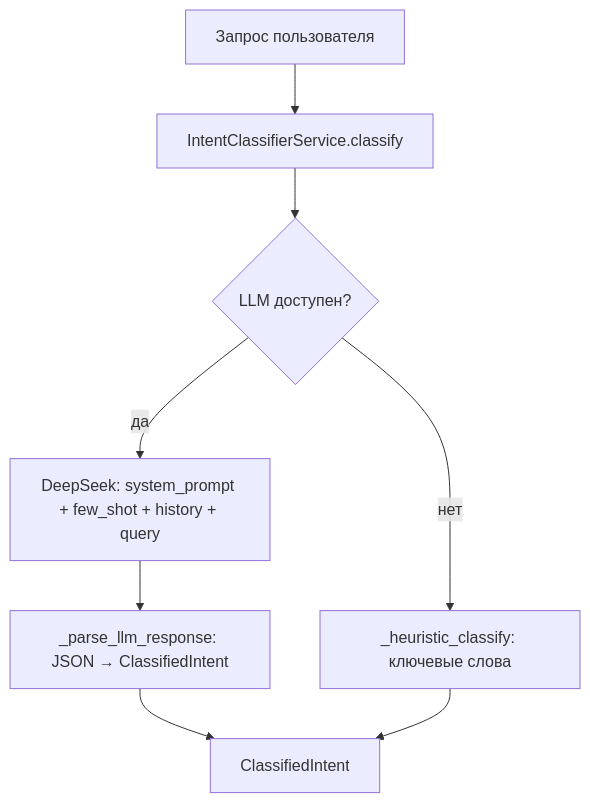
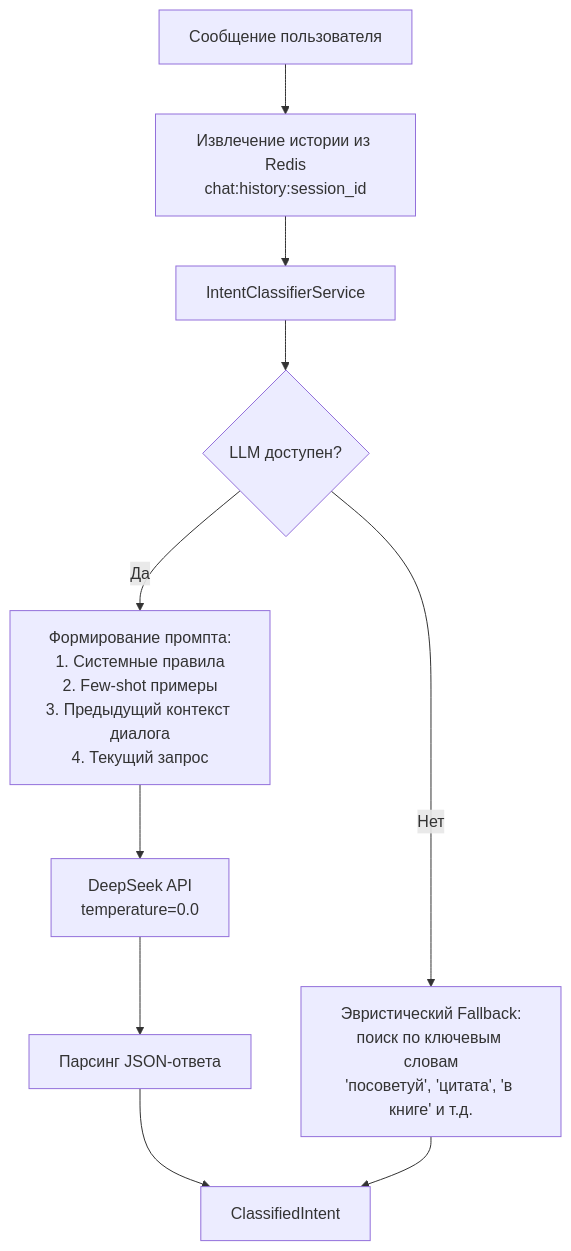
The first of 3 diagrams in docs/ALGORITHMS.md (Pavel-Skibin/DigitalLibrary), drawn with Mermaid before and after one commit. The commit also changed other lines of this file and 21 other files, not shown here.

````diff
--- a/docs/ALGORITHMS.md
+++ b/docs/ALGORITHMS.md
@@ -12,10 +16,15 @@
 ```mermaid
 flowchart TD
-    Q[Запрос пользователя] --> IC[IntentClassifierService.classify]
-    IC --> LLM{LLM доступен?}
-    LLM -- да --> DS[DeepSeek: system_prompt + few_shot + history + query]
-    DS --> JP[_parse_llm_response: JSON → ClassifiedIntent]
-    LLM -- нет --> HE[_heuristic_classify: ключевые слова]
-    JP --> CI[ClassifiedIntent]
-    HE --> CI
+    Q[Сообщение пользователя] --> CH[Извлечение истории из Redis<br/>chat:history:session_id]
+    CH --> IC[IntentClassifierService]
+    
+    IC --> CHECK_LLM{LLM доступен?}
+    CHECK_LLM -- Да --> PROMPT[Формирование промпта:<br/>1. Системные правила<br/>2. Few-shot примеры<br/>3. Предыдущий контекст диалога<br/>4. Текущий запрос]
+    PROMPT --> LLM[DeepSeek API<br/>temperature=0.0]
+    LLM --> PARSE[Парсинг JSON-ответа]
+    
+    CHECK_LLM -- Нет --> HEURISTIC[Эвристический Fallback:<br/>поиск по ключевым словам<br/>'посоветуй', 'цитата', 'в книге' и т.д.]
+    
+    PARSE --> INTENT[ClassifiedIntent]
+    HEURISTIC --> INTENT
 ```
````
